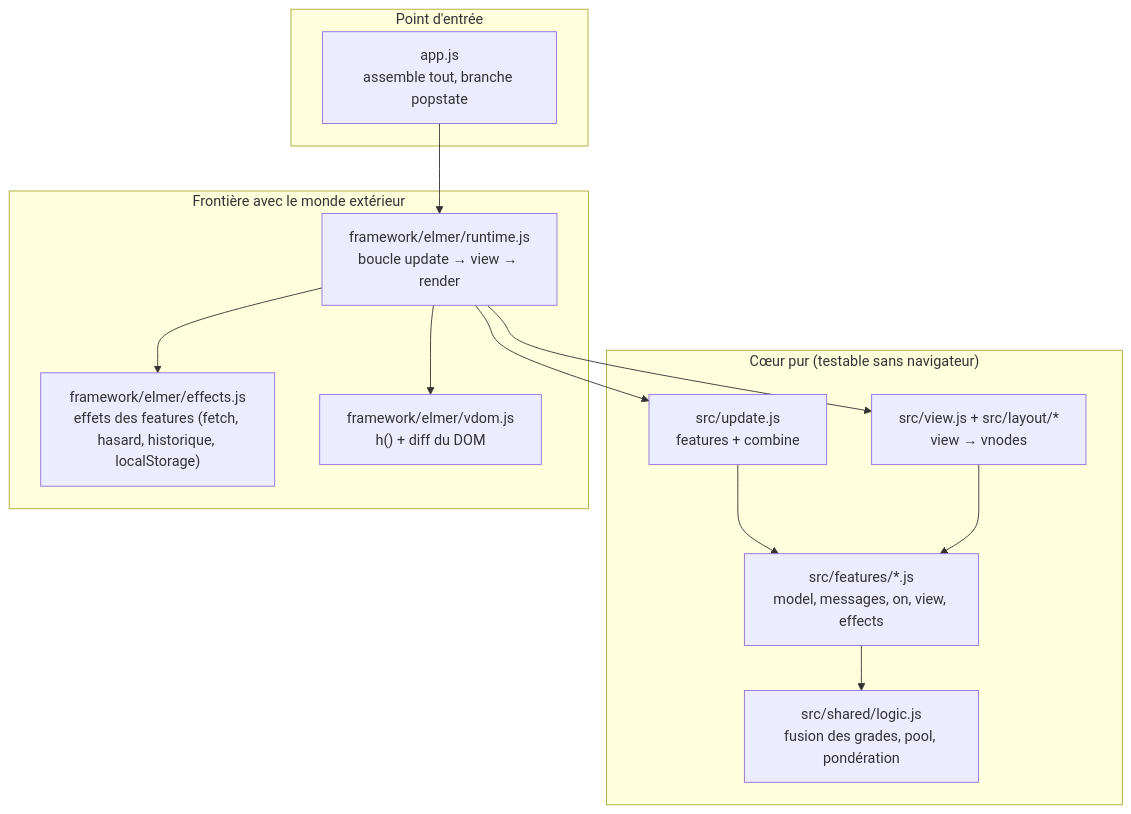
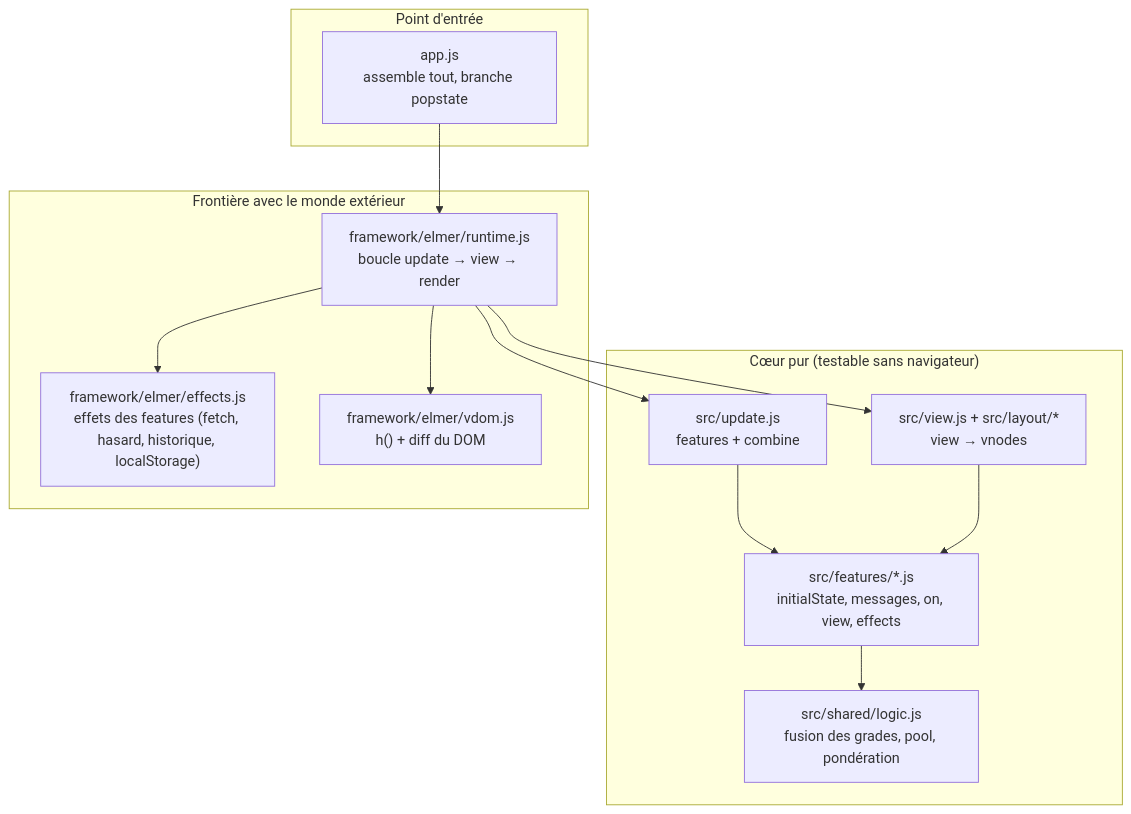
One commit to devsigner/aikido-trainer changed the second of 6 diagrams in README.md. Above: the diagram before and after it, drawn with Mermaid. The commit also changed other lines of this file and 14 other files, not shown here.

Commit message:
defineFeature: la clé model devient initialState (v.103)

````diff
--- a/README.md
+++ b/README.md
@@ -124,25 +124,25 @@
 ```mermaid
 flowchart TB
     subgraph entry["Point d'entrée"]
         APP["app.js<br/>assemble tout, branche popstate"]
     end
     subgraph pure["Cœur pur (testable sans navigateur)"]
         UPD["src/update.js<br/>features + combine"]
-        FEAT["src/features/*.js<br/>model, messages, on, view, effects"]
+        FEAT["src/features/*.js<br/>initialState, messages, on, view, effects"]
         VIEW["src/view.js + src/layout/*<br/>view → vnodes"]
         LOG["src/shared/logic.js<br/>fusion des grades, pool, pondération"]
     end
     subgraph impure["Frontière avec le monde extérieur"]
         RUN["framework/elmer/runtime.js<br/>boucle update → view → render"]
         EFF["framework/elmer/effects.js<br/>effets des features (fetch, hasard, historique, localStorage)"]
         VDOM["framework/elmer/vdom.js<br/>h() + diff du DOM"]
     end
     APP --> RUN
     RUN --> UPD
     RUN --> VIEW
     RUN --> EFF
     RUN --> VDOM
     UPD --> FEAT
     FEAT --> LOG
     VIEW --> FEAT
 ```
````
